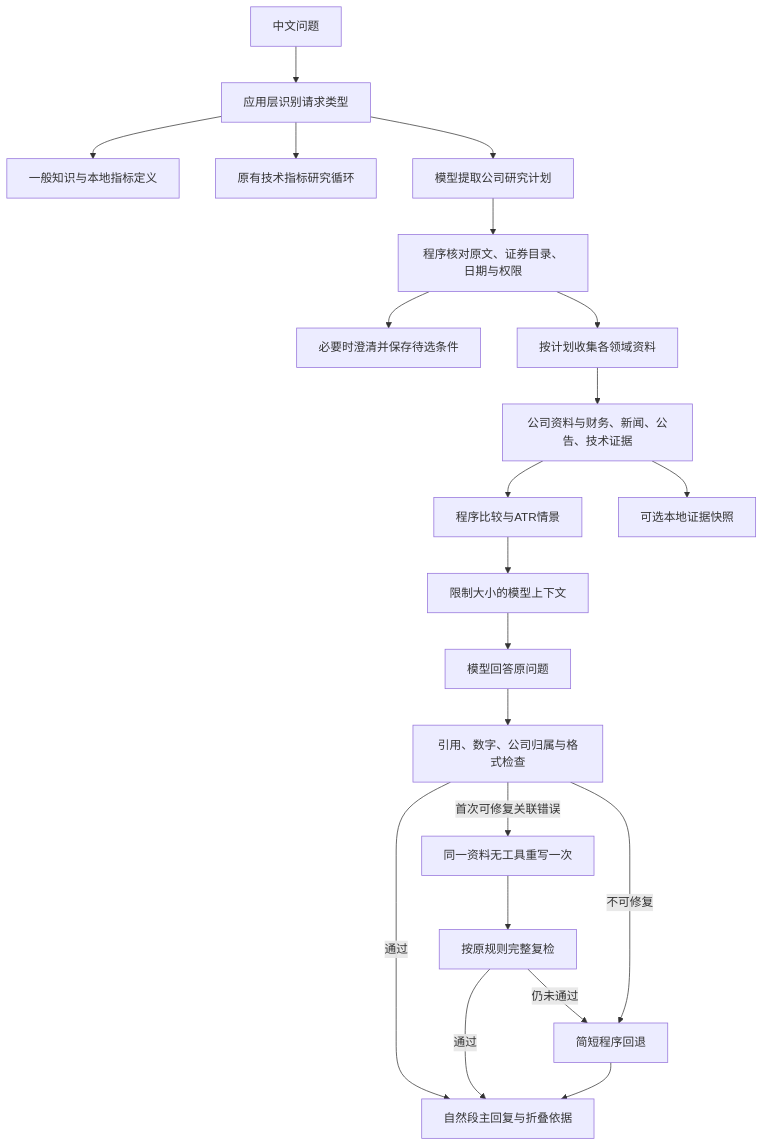
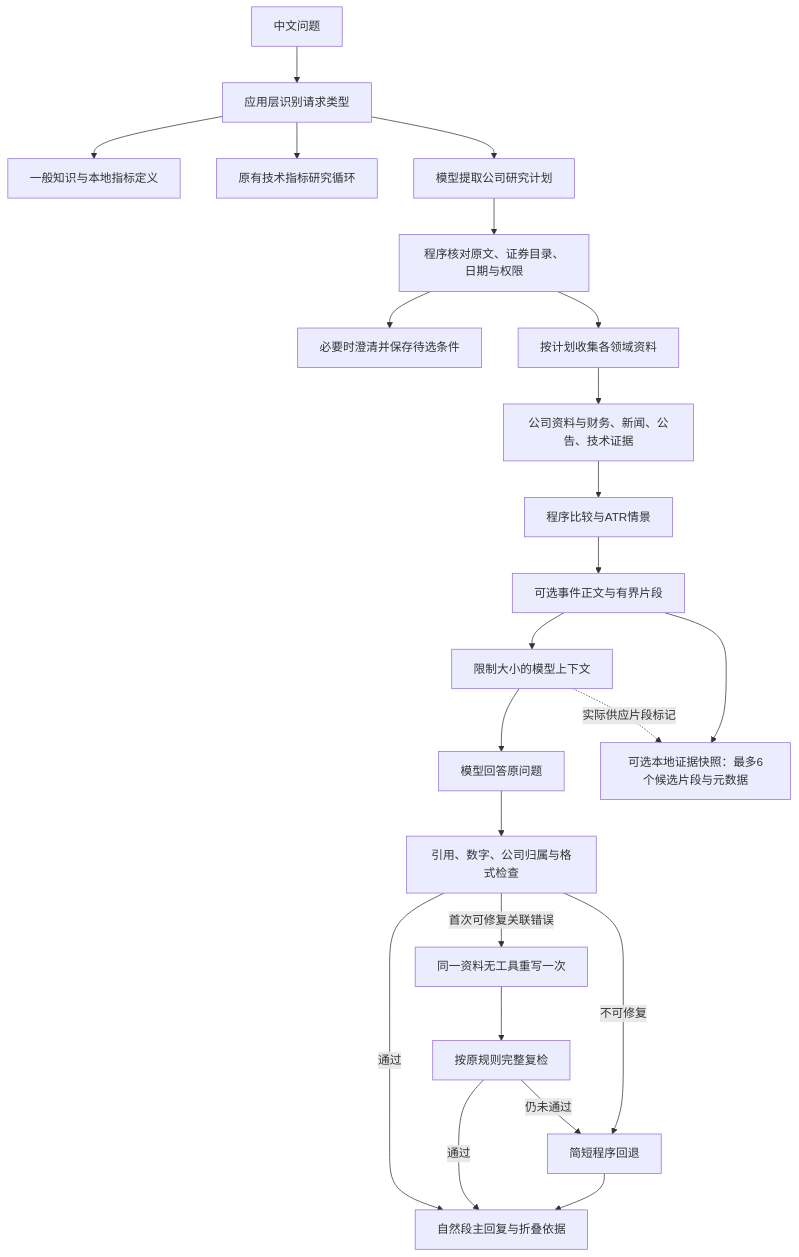
Before and after one commit to HK0281/Trading-Companion: the diagram in docs/company-research-design.md, drawn with Mermaid. The commit also changed other lines of this file and 40 other files, not shown here.

````diff
--- a/docs/company-research-design.md
+++ b/docs/company-research-design.md
@@ -28,23 +30,25 @@
 ```mermaid
 flowchart TD
     User[中文问题] --> Route[应用层识别请求类型]
     Route --> Knowledge[一般知识与本地指标定义]
     Route --> Technical[原有技术指标研究循环]
     Route --> Plan[模型提取公司研究计划]
     Plan --> Check[程序核对原文、证券目录、日期与权限]
     Check --> Clarify[必要时澄清并保存待选条件]
     Check --> Collect[按计划收集各领域资料]
     Collect --> Bundle[公司资料与财务、新闻、公告、技术证据]
     Bundle --> Calculations[程序比较与ATR情景]
-    Calculations --> Context[限制大小的模型上下文]
+    Calculations --> Documents[可选事件正文与有界片段]
+    Documents --> Context[限制大小的模型上下文]
     Context --> Answer[模型回答原问题]
     Answer --> Validate[引用、数字、公司归属与格式检查]
     Validate -->|通过| Chat[自然段主回复与折叠依据]
     Validate -->|首次可修复关联错误| Repair[同一资料无工具重写一次]
     Repair --> Recheck[按原规则完整复检]
     Recheck -->|通过| Chat
     Validate -->|不可修复| Fallback[简短程序回退]
     Recheck -->|仍未通过| Fallback
     Fallback --> Chat
-    Bundle --> Archive[可选本地证据快照]
+    Documents --> Archive[可选本地证据快照：最多6个候选片段与元数据]
+    Context -.实际供应片段标记.-> Archive
 ```
````
